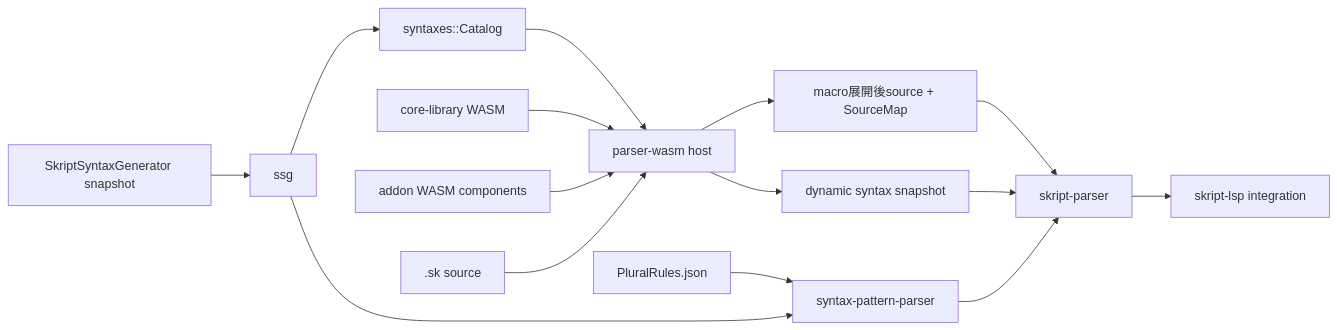
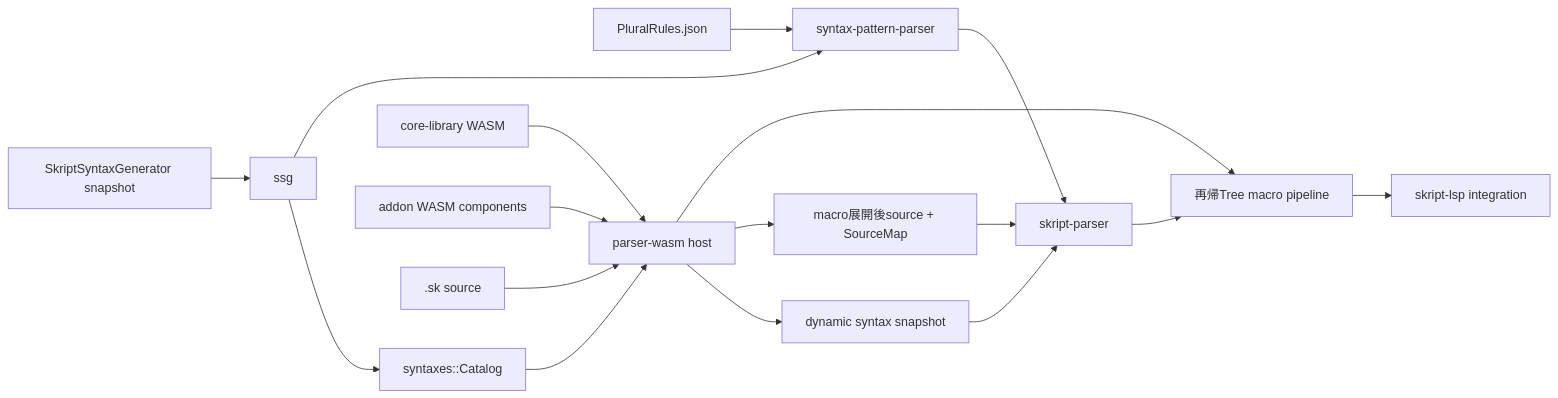
Before and after one commit to nlaocs/Skript-LSP: the diagram in README.ja.md, drawn with Mermaid. The commit also changed other lines of this file and 27 other files, not shown here.

Commit message:
feat(skript-parser): implement recursive tree macros

````diff
--- a/README.ja.md
+++ b/README.ja.md
@@ -22,17 +23,19 @@
 ```mermaid
 flowchart LR
     SSG["SkriptSyntaxGenerator snapshot"] --> Loader["ssg"]
     Loader --> Catalog["syntaxes::Catalog"]
     Rules["PluralRules.json"] --> Patterns["syntax-pattern-parser"]
     Loader --> Patterns
     Catalog --> Host["parser-wasm host"]
     Core["core-library WASM"] --> Host
     Addons["addon WASM components"] --> Host
     Host --> Dynamic["dynamic syntax snapshot"]
     Source[".sk source"] --> Host
     Host --> Expanded["macro展開後source + SourceMap"]
     Expanded --> Parser["skript-parser"]
-    Parser --> LSP["skript-lsp integration"]
+    Parser --> Tree["再帰Tree macro pipeline"]
+    Host --> Tree
+    Tree --> LSP["skript-lsp integration"]
     Dynamic --> Parser
     Patterns --> Parser
 ```
````
